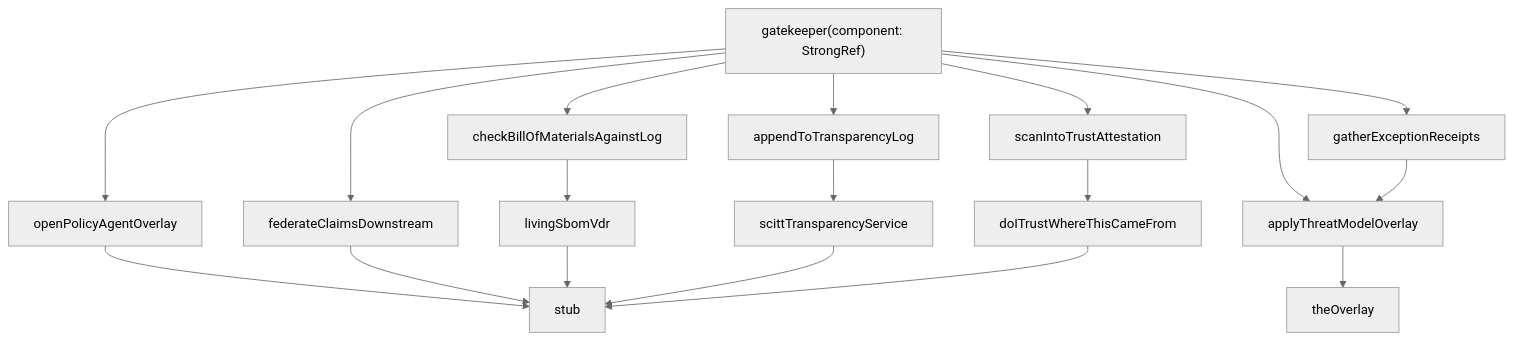
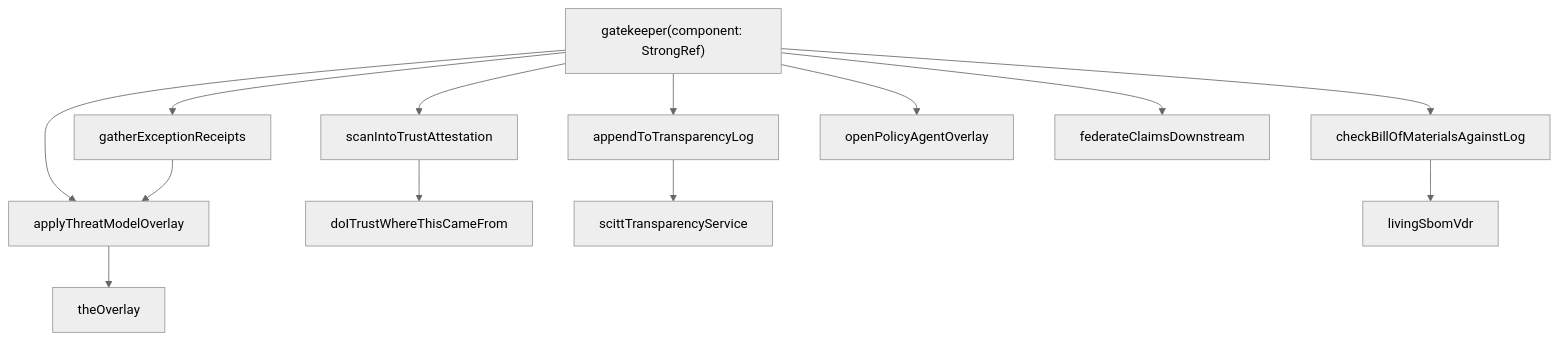
The fourth of 10 diagrams in ARCHITECTURE_REPORT.md (publicdomainrelay/open-architecture), drawn with Mermaid (neutral theme) before and after one commit. The commit also changed other lines of this file and 2 other files, not shown here.

Commit message:
feat(agent): process eng comms 0496–0503 72.9% — 1 concepts (1 new, 0 refined), 1 stubs, 0 issues

````diff
--- a/ARCHITECTURE_REPORT.md
+++ b/ARCHITECTURE_REPORT.md
@@ -271,21 +230,16 @@
 ```mermaid
 graph TD
   gatekeeper["gatekeeper(component: StrongRef)"]
-  gatekeeper --> scan
-  gatekeeper --> append
-  gatekeeper --> check
-  gatekeeper --> gather
-  gatekeeper --> opa
-  gatekeeper --> applyTM
-  gatekeeper --> federate
-  scan["scanIntoTrustAttestation"] --> doTrust["doITrustWhereThisCameFrom"]
-  append["appendToTransparencyLog"] --> scitt["scittTransparencyService"]
-  check["checkBillOfMaterialsAgainstLog"] --> sbom["livingSbomVdr"]
-  gather["gatherExceptionReceipts"] --> applyTM
-  opa["openPolicyAgentOverlay"] --> stub
-  applyTM["applyThreatModelOverlay"] --> theOverlay
-  federate["federateClaimsDownstream"] --> stub
-  sbom --> stub
-  scitt --> stub
-  doTrust --> stub
+  gatekeeper --> sita[scanIntoTrustAttestation]
+  gatekeeper --> attl[appendToTransparencyLog]
+  gatekeeper --> cbml[checkBillOfMaterialsAgainstLog]
+  gatekeeper --> ger[gatherExceptionReceipts]
+  gatekeeper --> opao[openPolicyAgentOverlay]
+  gatekeeper --> atmo[applyThreatModelOverlay]
+  gatekeeper --> fcd[federateClaimsDownstream]
+  sita --> doITrustWhereThisCameFrom
+  attl --> scittTransparencyService
+  cbml --> lsv[livingSbomVdr]
+  ger --> atmo
+  atmo --> theOverlay
 ```
````
